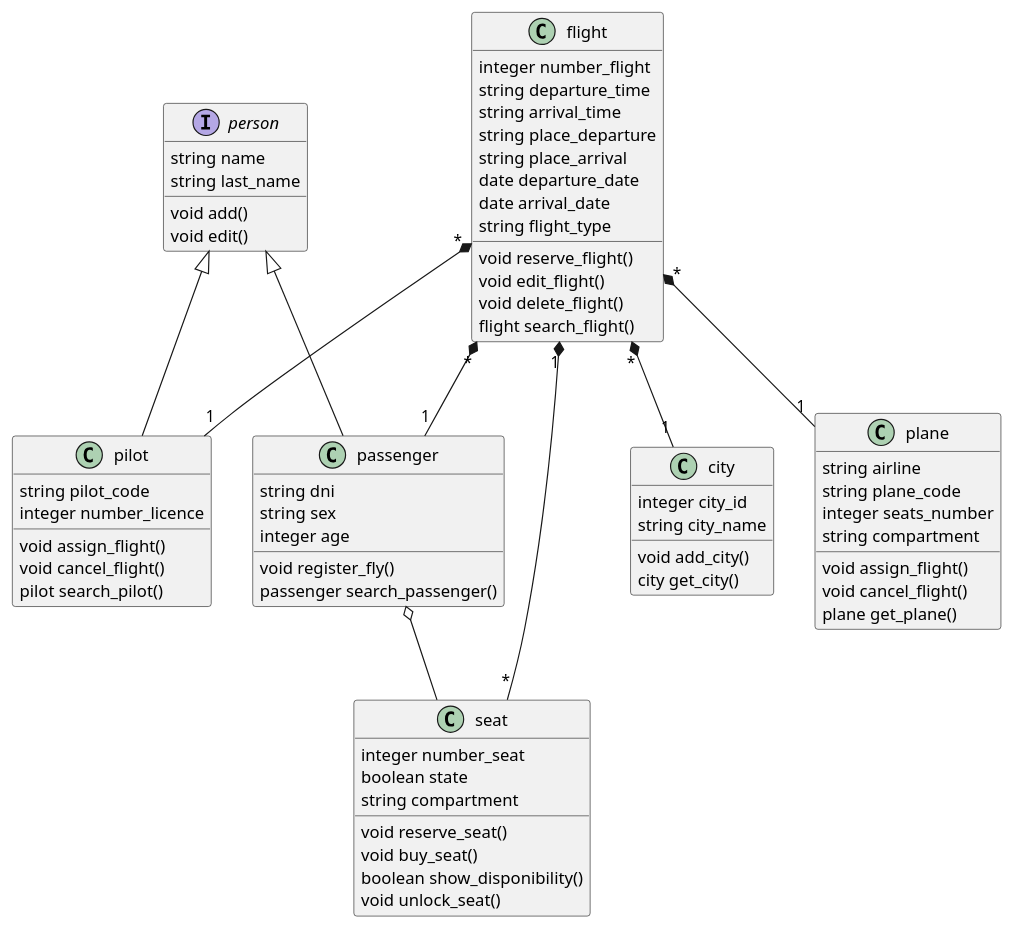
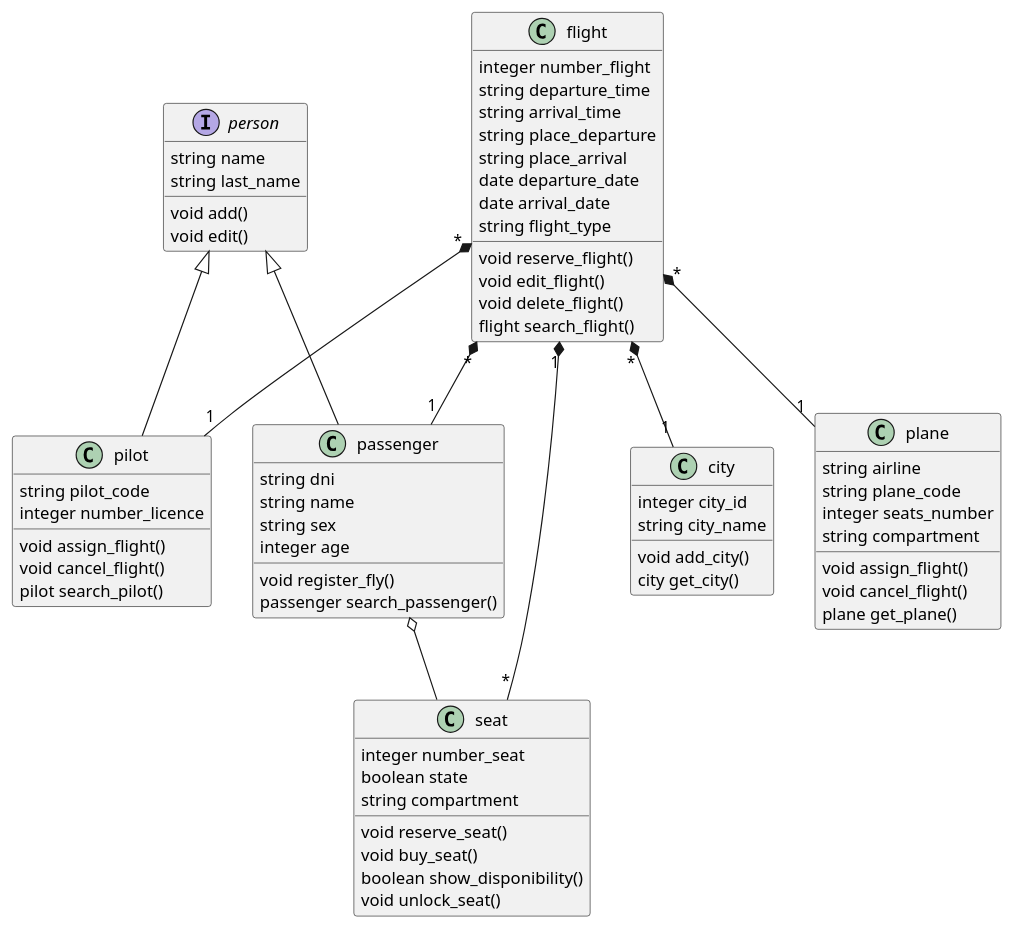
The diagram in Modelos 4+1/Diagrama de clases.pu (JordiValverde/proyecto_final), drawn with PlantUML before and after one commit. The commit also changed 9 other files, not shown here.

```diff
--- a/Modelos 4+1/Diagrama de clases.pu
+++ b/Modelos 4+1/Diagrama de clases.pu
@@ -1,85 +1,86 @@
 @startuml
 
     interface person{
         string name
         string last_name
         
         void add()
         void edit()
         
     }
     class passenger{
         string dni
+        string name
         string sex
         integer age
         
         void register_fly()
         passenger search_passenger()
     }
     
     class pilot{
         string pilot_code
         integer number_licence
         
         void assign_flight()
         void cancel_flight()
         pilot search_pilot()
     }
     
     class plane{
         string airline
         string plane_code
         integer seats_number
         string compartment
         
         void assign_flight()
         void cancel_flight()
         plane get_plane()
     }
     
     class flight{
         integer number_flight
         string departure_time
         string arrival_time
         string place_departure
         string place_arrival
         date departure_date
         date arrival_date
         string flight_type
         
         void reserve_flight()
         void edit_flight()
         void delete_flight()
         flight search_flight()
     }
     
     class seat{
         integer number_seat
         boolean state
         string compartment
         
         void reserve_seat()
         void buy_seat()
         boolean show_disponibility()
         void unlock_seat()
     }
     
     class city{
         integer city_id
         string city_name
         
         void add_city()
         city get_city()
     }
 
 
     person <|-- pilot
     person <|-- passenger
     flight "*" *-- "1" plane
     flight "*" *-- "1" passenger
     flight "*" *-- "1" pilot
     flight "*" *-- "1" city
     flight "1" *-- "*" seat
     passenger o-- seat
     
 @enduml
```
